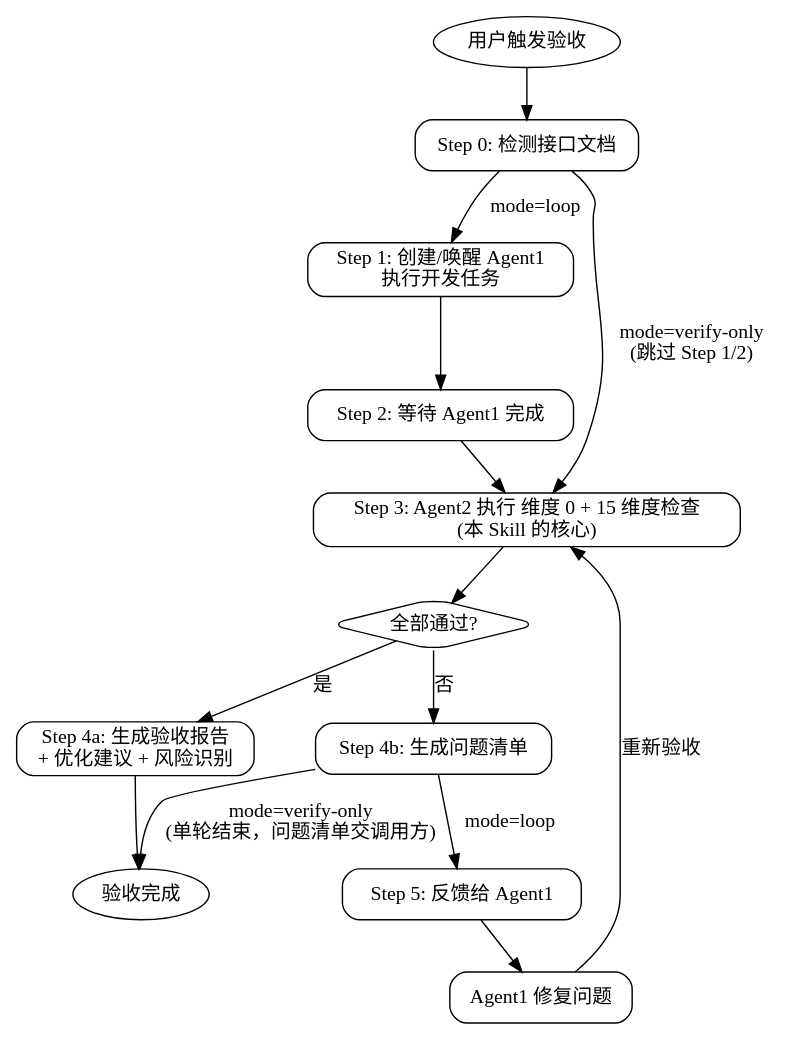
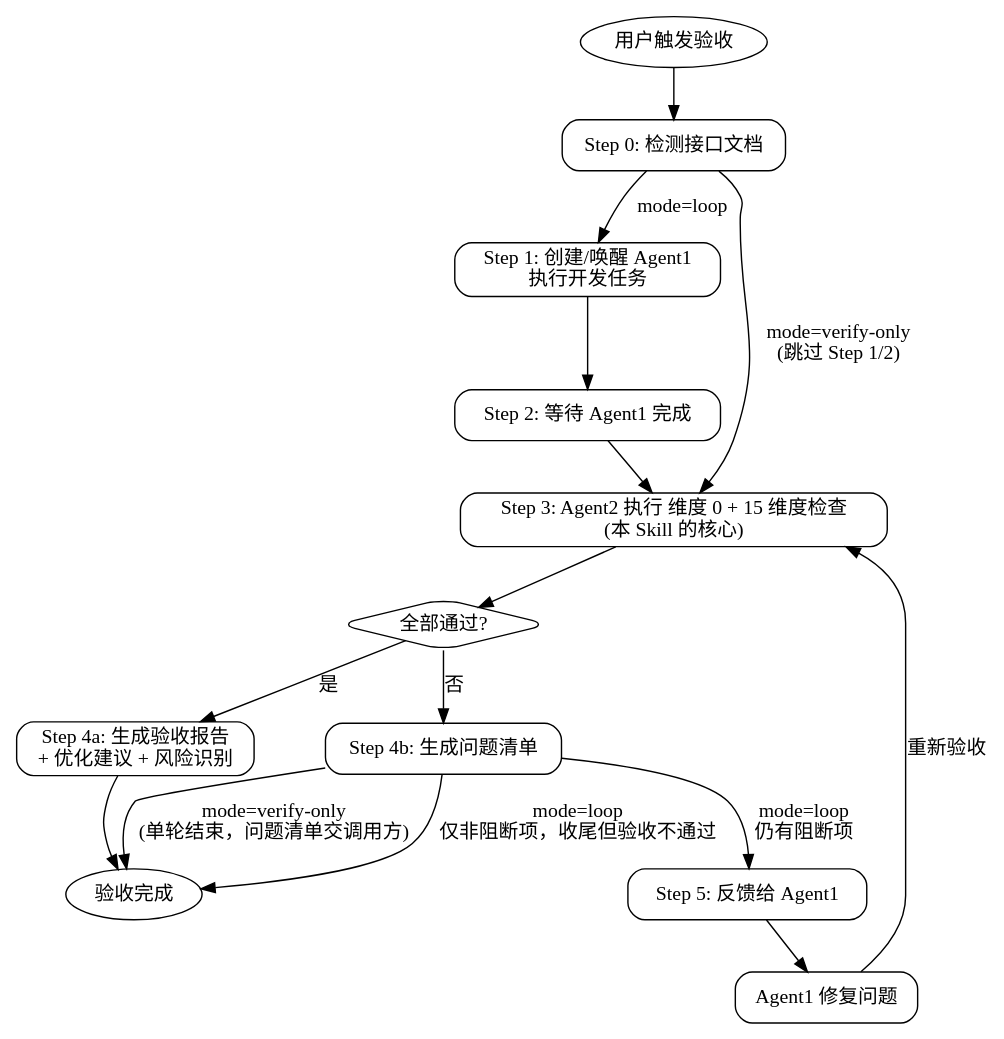
The diagram in .aidp/skills/code-verification-loop/SKILL.md (SugarFatFree/aidp-code-engineer), drawn with Graphviz before and after one commit. The commit also changed other lines of this file and 85 other files, not shown here.

````diff
--- a/.aidp/skills/code-verification-loop/SKILL.md
+++ b/.aidp/skills/code-verification-loop/SKILL.md
@@ -147,32 +155,33 @@
 ```dot
 digraph verification_loop {
     rankdir=TB;
     node [shape=box, style=rounded];
 
     start [label="用户触发验收", shape=ellipse];
     detect [label="Step 0: 检测接口文档"];
     create_a1 [label="Step 1: 创建/唤醒 Agent1\n执行开发任务"];
     wait_a1 [label="Step 2: 等待 Agent1 完成"];
     check [label="Step 3: Agent2 执行 维度 0 + 15 维度检查\n(本 Skill 的核心)"];
     decide [shape=diamond, label="全部通过?"];
     report_pass [label="Step 4a: 生成验收报告\n+ 优化建议 + 风险识别"];
     report_fail [label="Step 4b: 生成问题清单"];
     feedback [label="Step 5: 反馈给 Agent1"];
     fix [label="Agent1 修复问题"];
     done [label="验收完成", shape=ellipse];
 
     start -> detect;
     detect -> create_a1 [label="mode=loop"];
     detect -> check [label="mode=verify-only\n(跳过 Step 1/2)"];
     create_a1 -> wait_a1;
     wait_a1 -> check;
     check -> decide;
     decide -> report_pass [label="是"];
     decide -> report_fail [label="否"];
     report_fail -> done [label="mode=verify-only\n(单轮结束，问题清单交调用方)"];
-    report_fail -> feedback [label="mode=loop"];
+    report_fail -> feedback [label="mode=loop\n仍有阻断项"];
+    report_fail -> done [label="mode=loop\n仅非阻断项，收尾但验收不通过"];
     feedback -> fix;
     fix -> check [label="重新验收"];
     report_pass -> done;
 }
 ```
````
